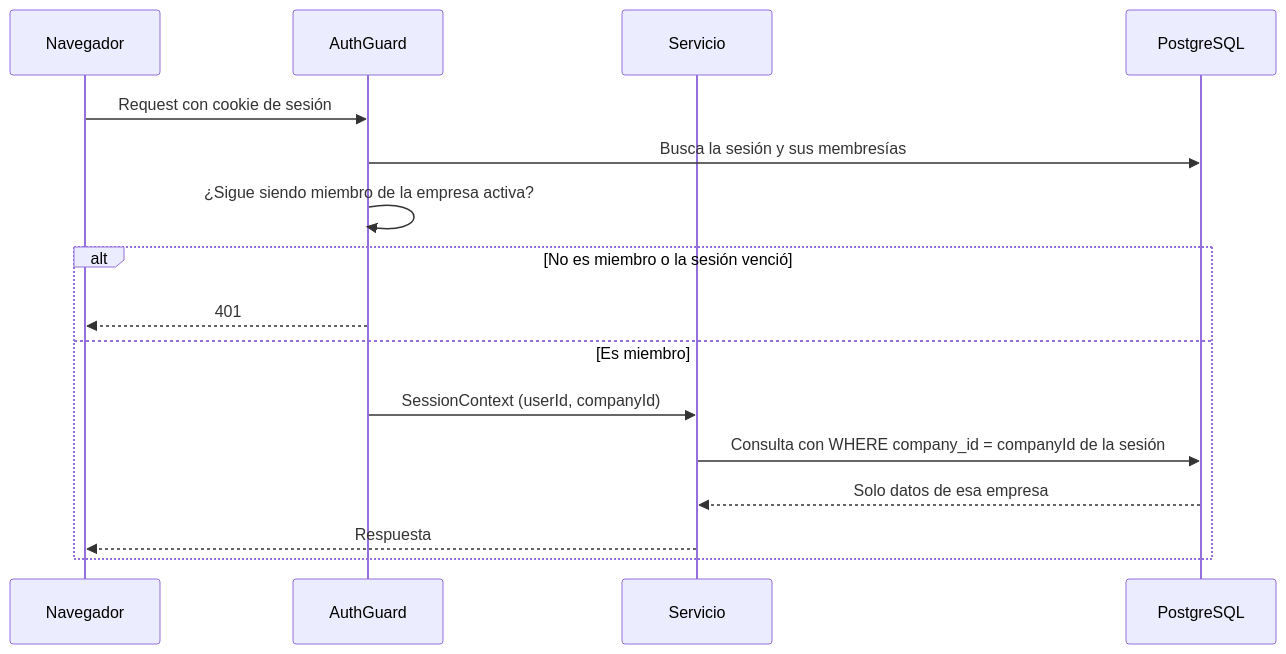
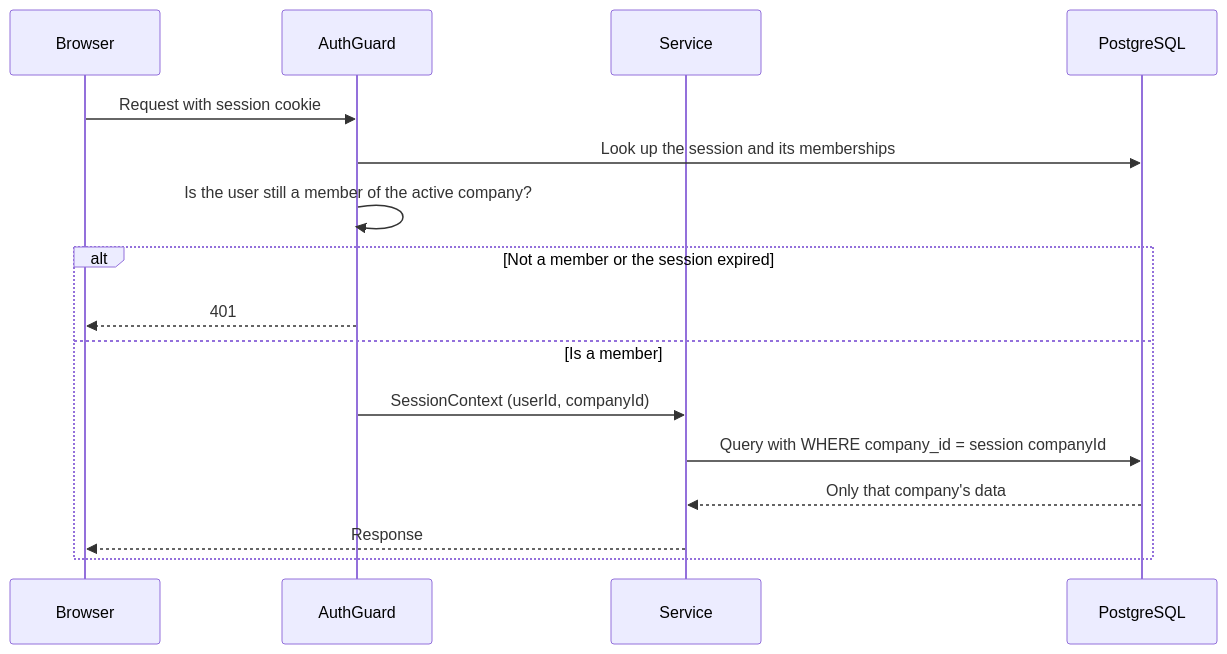
One commit to MatiasOlivaRqta/operia_demo_api changed the second of 3 diagrams in docs/multitenancy.md. Above: the diagram before and after it, drawn with Mermaid. The commit also changed other lines of this file and 4 other files, not shown here.

````diff
--- a/docs/multitenancy.md
+++ b/docs/multitenancy.md
@@ -34,19 +34,19 @@
 ```mermaid
 sequenceDiagram
-    participant C as Navegador
+    participant C as Browser
     participant G as AuthGuard
-    participant S as Servicio
+    participant S as Service
     participant DB as PostgreSQL
 
-    C->>G: Request con cookie de sesión
-    G->>DB: Busca la sesión y sus membresías
-    G->>G: ¿Sigue siendo miembro de la empresa activa?
-    alt No es miembro o la sesión venció
+    C->>G: Request with session cookie
+    G->>DB: Look up the session and its memberships
+    G->>G: Is the user still a member of the active company?
+    alt Not a member or the session expired
         G-->>C: 401
-    else Es miembro
+    else Is a member
         G->>S: SessionContext (userId, companyId)
-        S->>DB: Consulta con WHERE company_id = companyId de la sesión
-        DB-->>S: Solo datos de esa empresa
-        S-->>C: Respuesta
+        S->>DB: Query with WHERE company_id = session companyId
+        DB-->>S: Only that company's data
+        S-->>C: Response
     end
 ```
````
